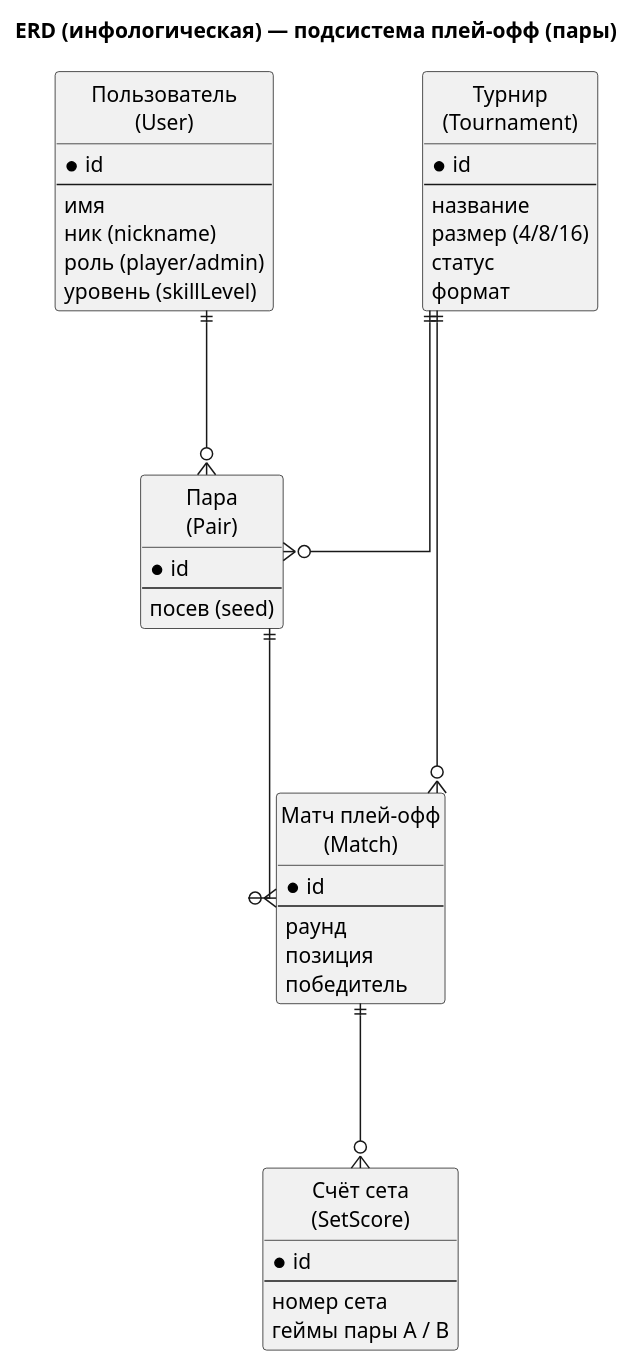
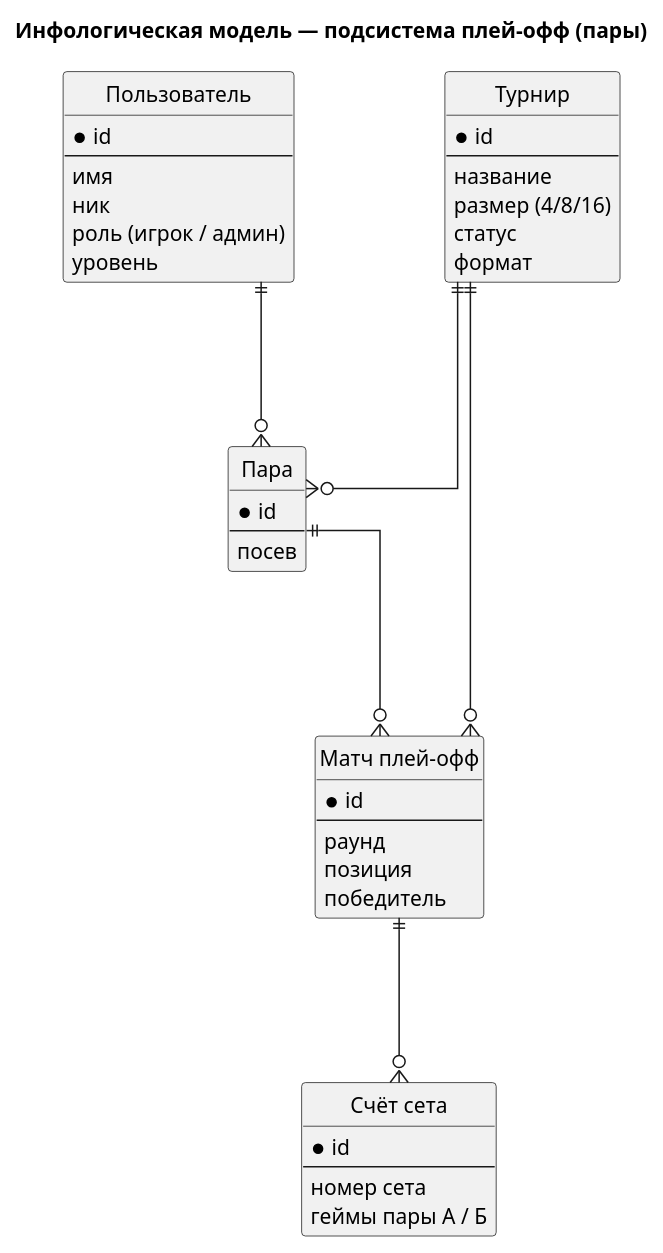
The diagram in docs/diagrams/05a-erd-playoff.puml (memekas/diplom), drawn with PlantUML before and after one commit. The commit also changed 36 other files, not shown here.

First line of the commit message:
docs: Russian diagram labels + UI screenshots

```diff
--- a/docs/diagrams/05a-erd-playoff.puml
+++ b/docs/diagrams/05a-erd-playoff.puml
@@ -1,54 +1,54 @@
 @startuml erd-playoff
-title ERD (инфологическая) — подсистема плей-офф (пары)
+title Инфологическая модель — подсистема плей-офф (пары)
 
 hide circle
 skinparam linetype ortho
 skinparam nodesep 100
 skinparam ranksep 110
 
-entity "Пользователь\n(User)" as User {
+entity "Пользователь" as User {
   * id
   --
   имя
-  ник (nickname)
-  роль (player/admin)
-  уровень (skillLevel)
+  ник
+  роль (игрок / админ)
+  уровень
 }
 
-entity "Турнир\n(Tournament)" as Tournament {
+entity "Турнир" as Tournament {
   * id
   --
   название
   размер (4/8/16)
   статус
   формат
 }
 
-entity "Пара\n(Pair)" as Pair {
+entity "Пара" as Pair {
   * id
   --
-  посев (seed)
+  посев
 }
 
-entity "Матч плей-офф\n(Match)" as Match {
+entity "Матч плей-офф" as Match {
   * id
   --
   раунд
   позиция
   победитель
 }
 
-entity "Счёт сета\n(SetScore)" as SetScore {
+entity "Счёт сета" as SetScore {
   * id
   --
   номер сета
-  геймы пары A / B
+  геймы пары А / Б
 }
 
 User ||--o{ Pair
 Pair ||--o{ Match
 Tournament ||--o{ Pair
 Tournament ||--o{ Match
 Match ||--o{ SetScore
 
 @enduml
```
